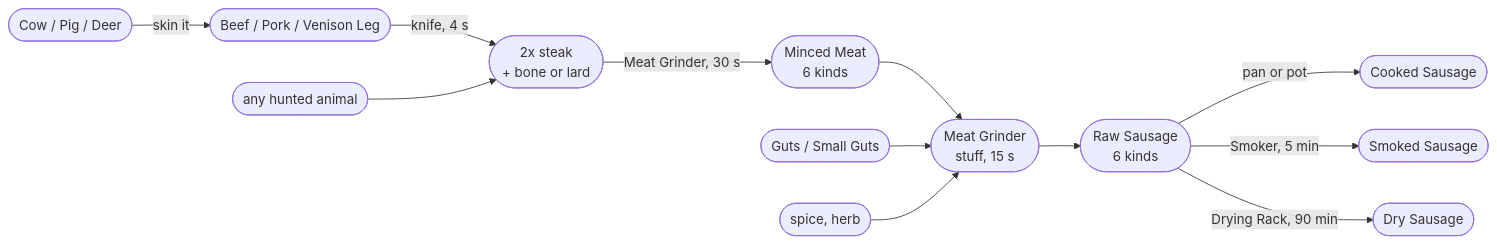
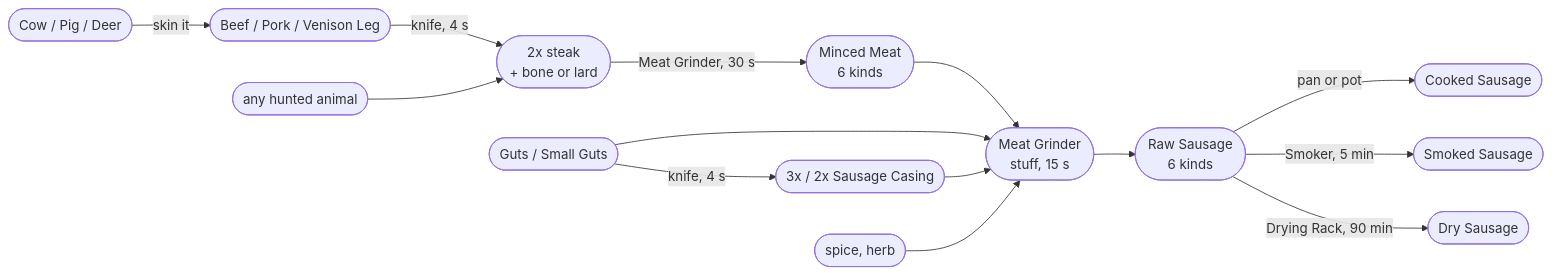
The diagram in ChefZ_Wiki/From-Meat-to-Sausage.md (Psyern/Psyerns_ChefZ), drawn with Mermaid before and after one commit. The commit also changed other lines of this file and 68 other files, not shown here.

````diff
--- a/ChefZ_Wiki/From-Meat-to-Sausage.md
+++ b/ChefZ_Wiki/From-Meat-to-Sausage.md
@@ -15,14 +15,16 @@
 ```mermaid
 graph LR
   A(["Cow / Pig / Deer"]) -->|"skin it"| L(["Beef / Pork / Venison Leg"])
   L -->|"knife, 4 s"| S(["2x steak<br/>+ bone or lard"])
   A2(["any hunted animal"]) --> S
   S -->|"Meat Grinder, 30 s"| M(["Minced Meat<br/>6 kinds"])
   M --> ST(["Meat Grinder<br/>stuff, 15 s"])
-  C(["Guts / Small Guts"]) --> ST
+  G(["Guts / Small Guts"]) -->|"knife, 4 s"| C(["3x / 2x Sausage Casing"])
+  G --> ST
+  C --> ST
   P(["spice, herb"]) --> ST
   ST --> R(["Raw Sausage<br/>6 kinds"])
   R -->|"pan or pot"| K(["Cooked Sausage"])
   R -->|"Smoker, 5 min"| SM(["Smoked Sausage"])
   R -->|"Drying Rack, 90 min"| D(["Dry Sausage"])
 ```
````
